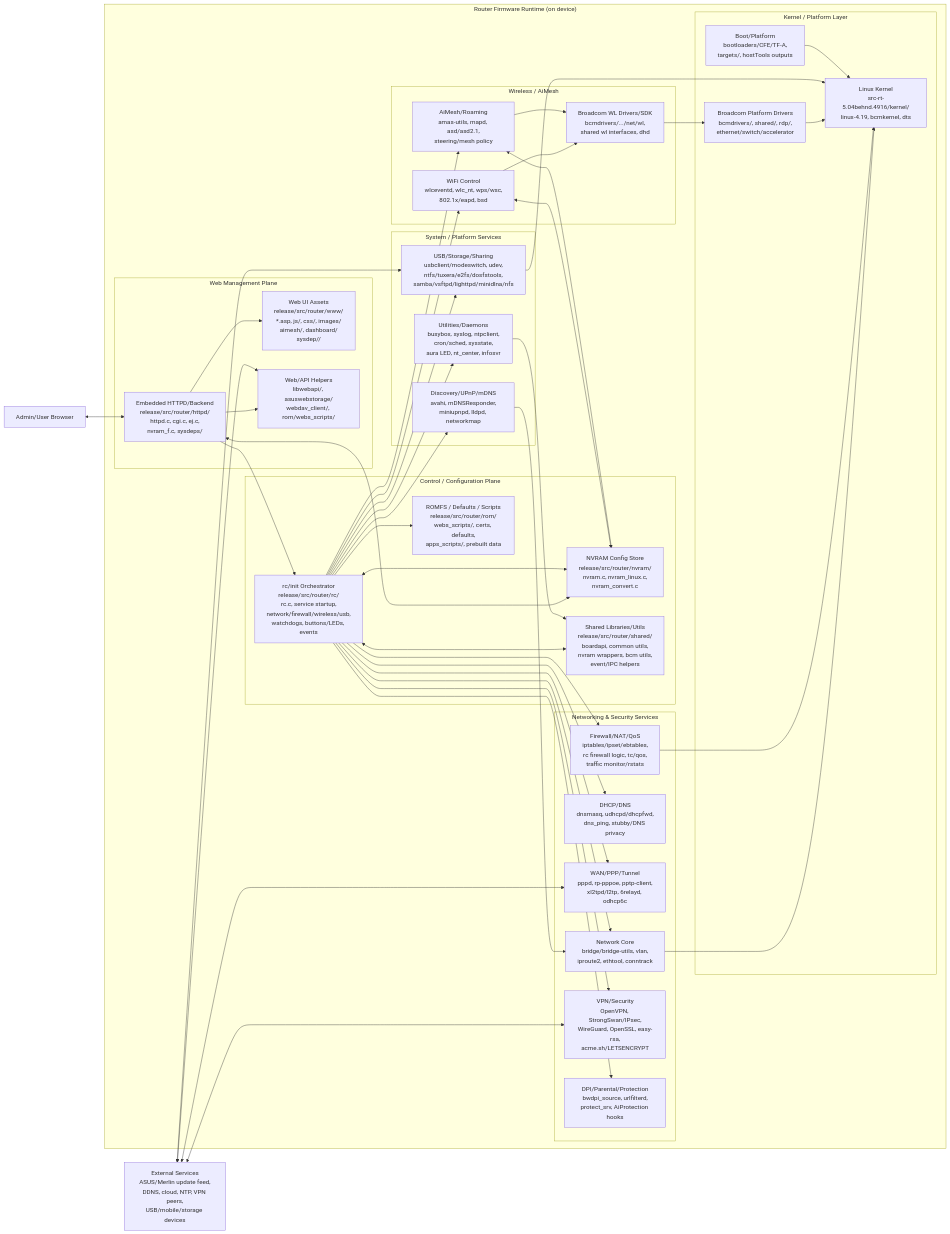
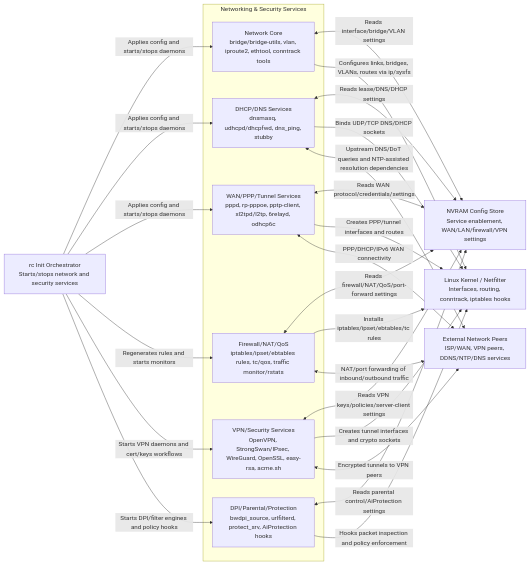
One commit to Asuswrt-Merlin/asuswrt-merlin.ng-3006.gnuton changed the third of 6 diagrams in docs/ARCHITECTURE.md. Above: the diagram before and after it, drawn with Mermaid. The commit also changed other lines of this file and 9 other files, not shown here.

First line of the commit message:
docs: refine architecture diagrams by system domain

````diff
--- a/docs/ARCHITECTURE.md
+++ b/docs/ARCHITECTURE.md
@@ -53,85 +90,42 @@
 ```mermaid
 flowchart LR
-    USER["Admin/User Browser"]
-    EXT["External Services\nASUS/Merlin update feed,\nDDNS, cloud, NTP, VPN peers,\nUSB/mobile/storage devices"]
+    RC["rc Init Orchestrator\nStarts/stops network and security services"]
+    NVRAM["NVRAM Config Store\nService enablement, WAN/LAN/firewall/VPN settings"]
+    KERN["Linux Kernel / Netfilter\nInterfaces, routing, conntrack, iptables hooks"]
+    EXT["External Network Peers\nISP/WAN, VPN peers, DDNS/NTP/DNS services"]
 
-    subgraph FW["Router Firmware Runtime (on device)"]
-        subgraph UI["Web Management Plane"]
-            WWW["Web UI Assets\nrelease/src/router/www/\n*.asp, js/, css/, images/\naimesh/, dashboard/\nsysdep/<MODEL>/"]
-            HTTPD["Embedded HTTPD/Backend\nrelease/src/router/httpd/\nhttpd.c, cgi.c, ej.c,\nnvram_f.c, sysdeps/"]
-            WEBAPI["Web/API Helpers\nlibwebapi/, asuswebstorage/\nwebdav_client/, rom/webs_scripts/"]
-        end
-
-        subgraph CTRL["Control / Configuration Plane"]
-            RC["rc/init Orchestrator\nrelease/src/router/rc/\nrc.c, service startup,\nnetwork/firewall/wireless/usb,\nwatchdogs, buttons/LEDs, events"]
-            NVRAM["NVRAM Config Store\nrelease/src/router/nvram/\nnvram.c, nvram_linux.c,\nnvram_convert.c"]
-            SHARED["Shared Libraries/Utils\nrelease/src/router/shared/\nboardapi, common utils,\nnvram wrappers, bcm utils,\nevent/IPC helpers"]
-            ROMFS["ROMFS / Defaults / Scripts\nrelease/src/router/rom/\nwebs_scripts/, certs, defaults,\napps_scripts/, prebuilt data"]
-        end
-
-        subgraph NET["Networking & Security Services"]
-            NETCORE["Network Core\nbridge/bridge-utils, vlan,\niproute2, ethtool, conntrack"]
-            DHCPDNS["DHCP/DNS\ndnsmasq, udhcpd/dhcpfwd,\ndns_ping, stubby/DNS privacy"]
-            WAN["WAN/PPP/Tunnel\npppd, rp-pppoe, pptp-client,\nxl2tpd/l2tp, 6relayd, odhcp6c"]
-            FWALL["Firewall/NAT/QoS\niptables/ipset/ebtables,\nrc firewall logic, tc/qos,\ntraffic monitor/rstats"]
-            VPN["VPN/Security\nOpenVPN, StrongSwan/IPsec,\nWireGuard, OpenSSL, easy-rsa,\nacme.sh/LETSENCRYPT"]
-            DPI["DPI/Parental/Protection\nbwdpi_source, urlfilterd,\nprotect_srv, AiProtection hooks"]
-        end
-
-        subgraph WLAN["Wireless / AiMesh"]
-            WLCTRL["WiFi Control\nwlceventd, wlc_nt, wps/wsc,\n802.1x/eapd, bsd"]
-            AMAS["AiMesh/Roaming\namas-utils, mapd, asd/asd2.1,\nsteering/mesh policy"]
-            WLDRV["Broadcom WL Drivers/SDK\nbcmdrivers/.../net/wl,\nshared wl interfaces, dhd"]
-        end
-
-        subgraph SYS["System / Platform Services"]
-            USB["USB/Storage/Sharing\nusbclient/modeswitch, udev,\nntfs/tuxera/e2fs/dosfstools,\nsamba/vsftpd/lighttpd/minidlna/nfs"]
-            DISC["Discovery/UPnP/mDNS\navahi, mDNSResponder,\nminiupnpd, lldpd, networkmap"]
-            MISC["Utilities/Daemons\nbusybox, syslog, ntpclient,\ncron/sched, sysstate,\naura LED, nt_center, infosvr"]
-        end
-
-        subgraph KERNEL["Kernel / Platform Layer"]
-            LINUX["Linux Kernel\nsrc-rt-5.04behnd.4916/kernel/\nlinux-4.19, bcmkernel, dts"]
-            BRCMDRV["Broadcom Platform Drivers\nbcmdrivers/, shared/, rdp/,\nethernet/switch/accelerator"]
-            BOOT["Boot/Platform\nbootloaders/CFE/TF-A,\ntargets/<PROFILE>, hostTools outputs"]
-        end
+    subgraph NET["Networking & Security Services"]
+        NETCORE["Network Core\nbridge/bridge-utils, vlan, iproute2, ethtool, conntrack tools"]
+        DHCPDNS["DHCP/DNS Services\ndnsmasq, udhcpd/dhcpfwd, dns_ping, stubby"]
+        WAN["WAN/PPP/Tunnel Services\npppd, rp-pppoe, pptp-client, xl2tpd/l2tp, 6relayd, odhcp6c"]
+        FWALL["Firewall/NAT/QoS\niptables/ipset/ebtables rules, tc/qos, traffic monitor/rstats"]
+        VPN["VPN/Security Services\nOpenVPN, StrongSwan/IPsec, WireGuard, OpenSSL, easy-rsa, acme.sh"]
+        DPI["DPI/Parental/Protection\nbwdpi_source, urlfilterd, protect_srv, AiProtection hooks"]
     end
 
-    USER <--> HTTPD
-    HTTPD --> WWW
-    HTTPD --> WEBAPI
-    HTTPD <--> NVRAM
-    HTTPD --> RC
+    RC -->|"Applies config and starts/stops daemons"| NETCORE
+    RC -->|"Applies config and starts/stops daemons"| DHCPDNS
+    RC -->|"Applies config and starts/stops daemons"| WAN
+    RC -->|"Regenerates rules and starts monitors"| FWALL
+    RC -->|"Starts VPN daemons and cert/keys workflows"| VPN
+    RC -->|"Starts DPI/filter engines and policy hooks"| DPI
 
-    RC <--> NVRAM
-    RC <--> SHARED
-    RC --> ROMFS
-    RC --> NETCORE
-    RC --> DHCPDNS
-    RC --> WAN
-    RC --> FWALL
-    RC --> VPN
-    RC --> DPI
-    RC --> WLCTRL
-    RC --> AMAS
-    RC --> USB
-    RC --> DISC
-    RC --> MISC
+    NETCORE <-->|"Reads interface/bridge/VLAN settings"| NVRAM
+    DHCPDNS <-->|"Reads lease/DNS/DHCP settings"| NVRAM
+    WAN <-->|"Reads WAN protocol/credentials/settings"| NVRAM
+    FWALL <-->|"Reads firewall/NAT/QoS/port-forward settings"| NVRAM
+    VPN <-->|"Reads VPN keys/policies/server-client settings"| NVRAM
+    DPI <-->|"Reads parental control/AiProtection settings"| NVRAM
 
-    WLCTRL <--> NVRAM
-    AMAS <--> NVRAM
-    NETCORE --> LINUX
-    FWALL --> LINUX
-    WLCTRL --> WLDRV
-    AMAS --> WLDRV
-    WLDRV --> BRCMDRV
-    BRCMDRV --> LINUX
-    USB --> LINUX
-    DISC --> NETCORE
-    MISC --> SHARED
-    BOOT --> LINUX
-    EXT <--> WAN
-    EXT <--> WEBAPI
-    EXT <--> VPN
-    EXT <--> USB
+    NETCORE -->|"Configures links, bridges, VLANs, routes via ip/sysfs"| KERN
+    DHCPDNS -->|"Binds UDP/TCP DNS/DHCP sockets"| KERN
+    WAN -->|"Creates PPP/tunnel interfaces and routes"| KERN
+    FWALL -->|"Installs iptables/ipset/ebtables/tc rules"| KERN
+    VPN -->|"Creates tunnel interfaces and crypto sockets"| KERN
+    DPI -->|"Hooks packet inspection and policy enforcement"| KERN
+
+    WAN <-->|"PPP/DHCP/IPv6 WAN connectivity"| EXT
+    DHCPDNS <-->|"Upstream DNS/DoT queries and NTP-assisted resolution dependencies"| EXT
+    VPN <-->|"Encrypted tunnels to VPN peers"| EXT
+    FWALL <-->|"NAT/port forwarding of inbound/outbound traffic"| EXT
 ```
````
